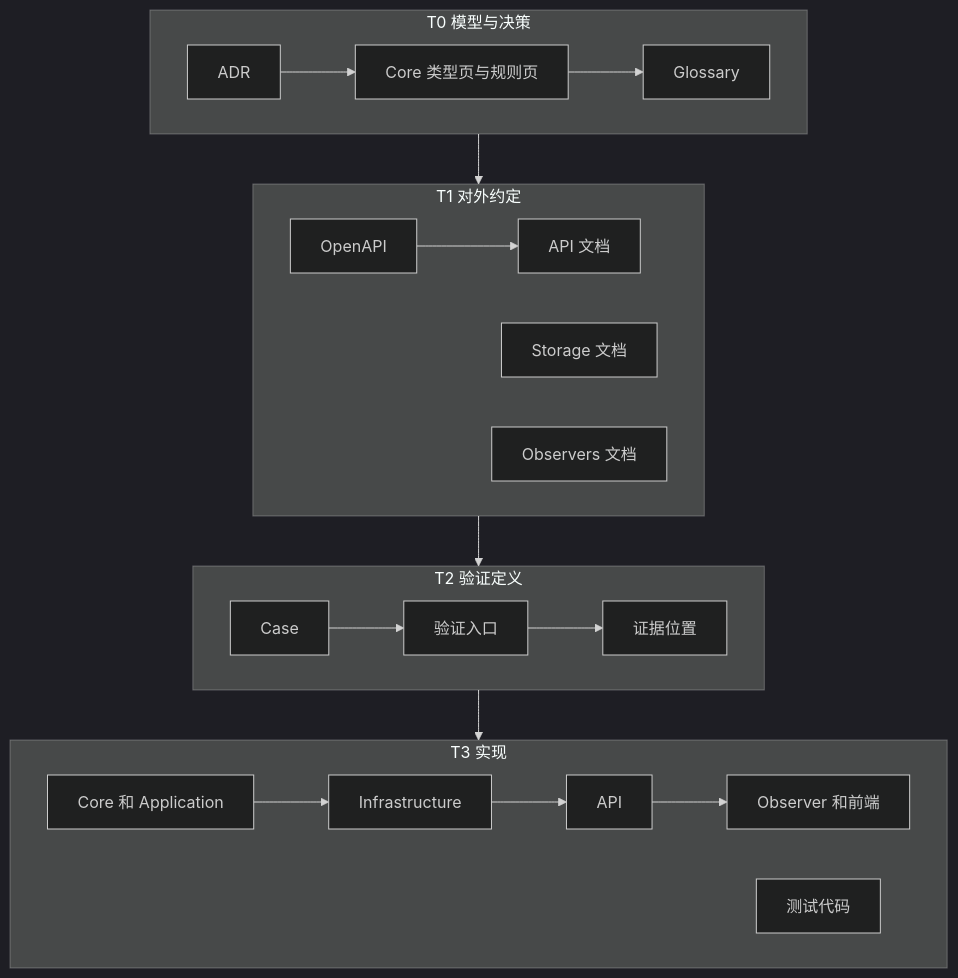
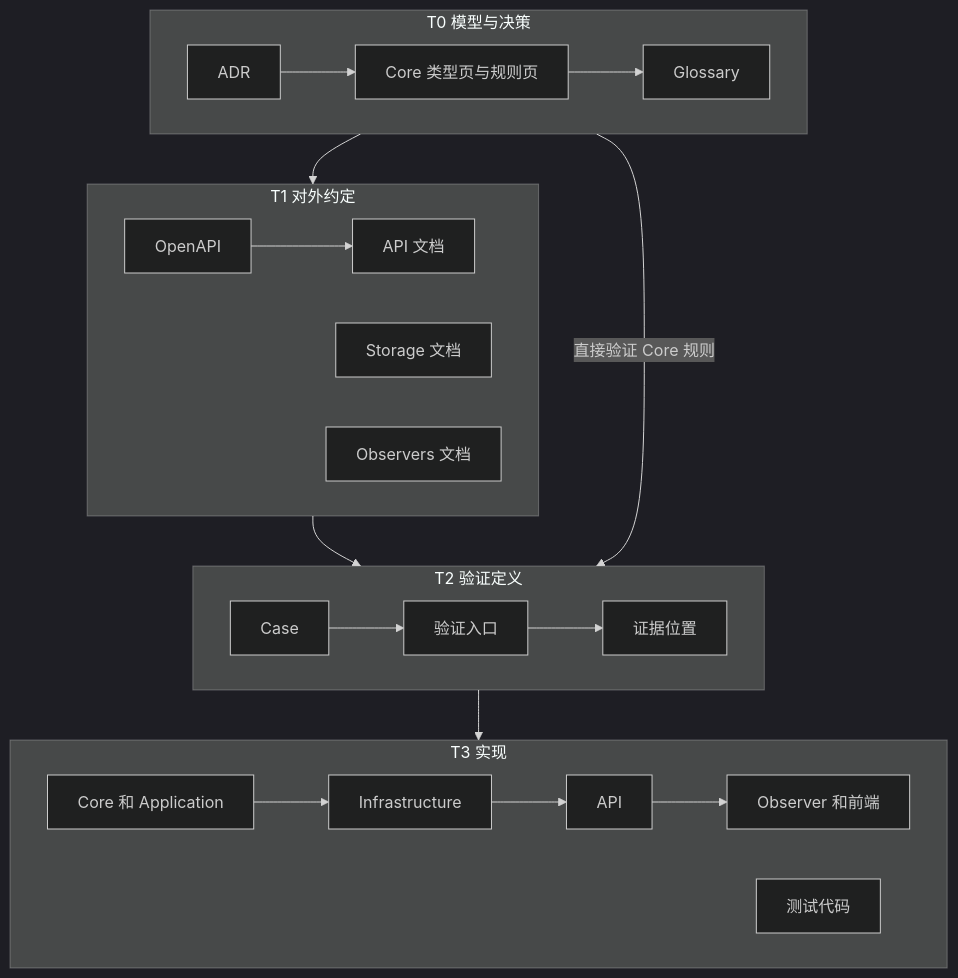
One commit to shenxianovo/Heartbeat changed the first of 2 diagrams in src/Docs/Orisumi.Docs/content/docs/adr/documentation-authority.mdx. Above: the diagram before and after it, drawn with Mermaid (dark theme). The commit also changed other lines of this file and 21 other files, not shown here.

````diff
--- a/src/Docs/Orisumi.Docs/content/docs/adr/documentation-authority.mdx
+++ b/src/Docs/Orisumi.Docs/content/docs/adr/documentation-authority.mdx
@@ -78,23 +78,24 @@
 ```mermaid
 flowchart TD
   subgraph T0[T0 模型与决策]
     ADR[ADR] --> CORE[Core 类型页与规则页] --> GLO[Glossary]
   end
 
   subgraph T1[T1 对外约定]
     OAS[OpenAPI] --> APIDOC[API 文档]
     STO[Storage 文档]
     OBS[Observers 文档]
   end
 
   subgraph T2[T2 验证定义]
     CASE[Case] --> ENTRY[验证入口] --> EVID[证据位置]
   end
 
   subgraph T3[T3 实现]
     C3[Core 和 Application] --> I3[Infrastructure] --> A3[API] --> O3[Observer 和前端]
     TEST[测试代码]
   end
 
   T0 --> T1 --> T2 --> T3
+  T0 -->|直接验证 Core 规则| T2
 ```
````
